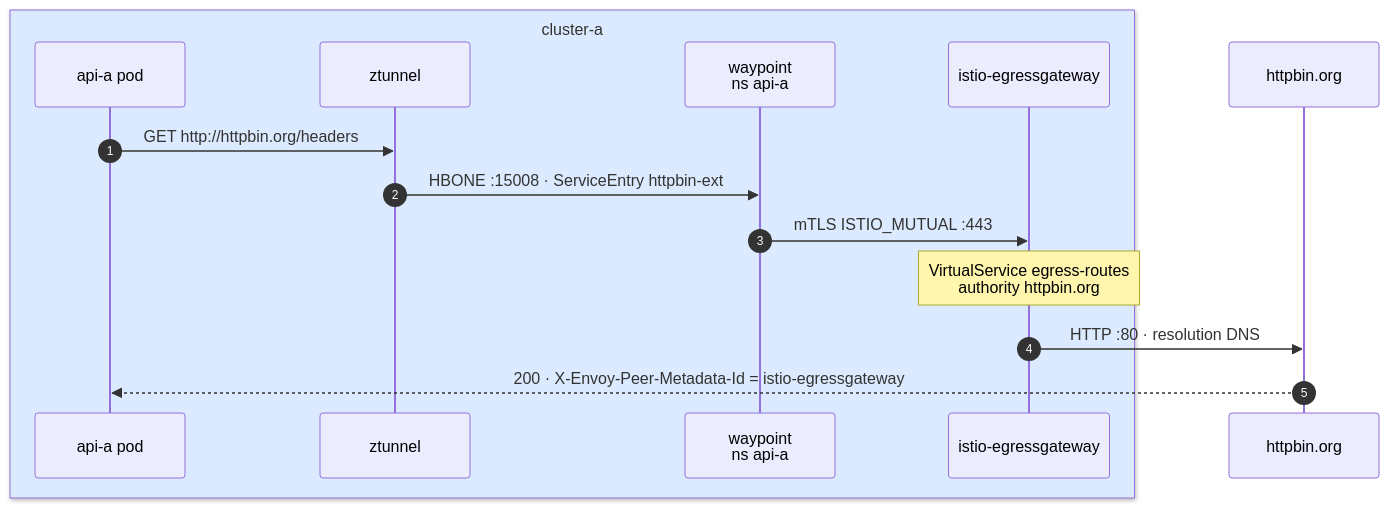
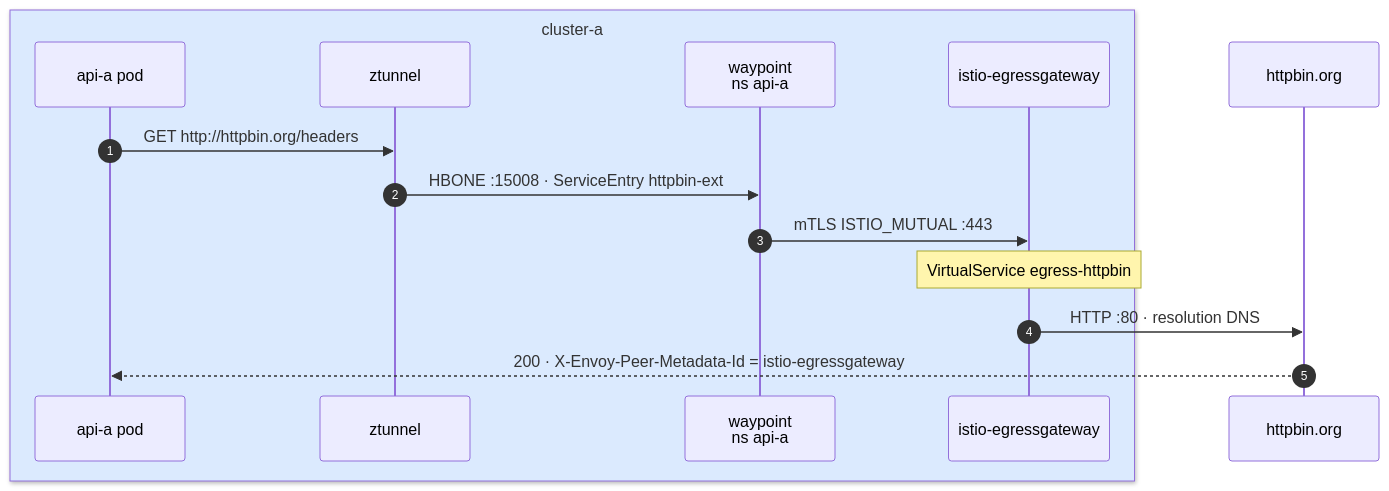
One commit to olgunyldz/service-mesh-lab changed the sixth of 10 diagrams in README.md. Above: the diagram before and after it, drawn with Mermaid. The commit also changed other lines of this file and 23 other files, not shown here.

````diff
--- a/README.md
+++ b/README.md
@@ -264,18 +268,18 @@
 ```mermaid
 sequenceDiagram
     autonumber
     box rgb(219,234,254) cluster-a
         participant A as api-a pod
         participant Z as ztunnel
         participant W as waypoint<br/>ns api-a
         participant E as istio-egressgateway
     end
     participant X as httpbin.org
 
     A->>Z: GET http://httpbin.org/headers
     Z->>W: HBONE :15008 · ServiceEntry httpbin-ext
     W->>E: mTLS ISTIO_MUTUAL :443
-    Note over E: VirtualService egress-routes<br/>authority httpbin.org
+    Note over E: VirtualService egress-httpbin
     E->>X: HTTP :80 · resolution DNS
     X-->>A: 200 · X-Envoy-Peer-Metadata-Id = istio-egressgateway
 ```
````
